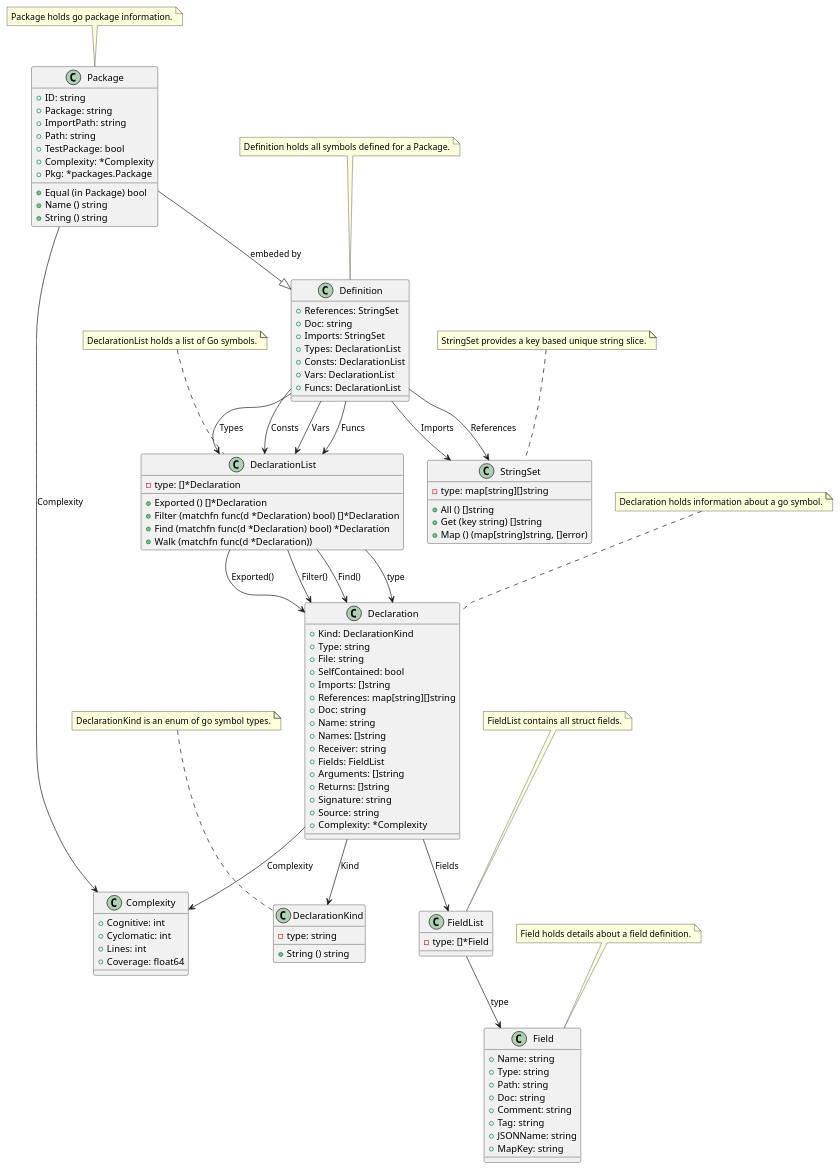
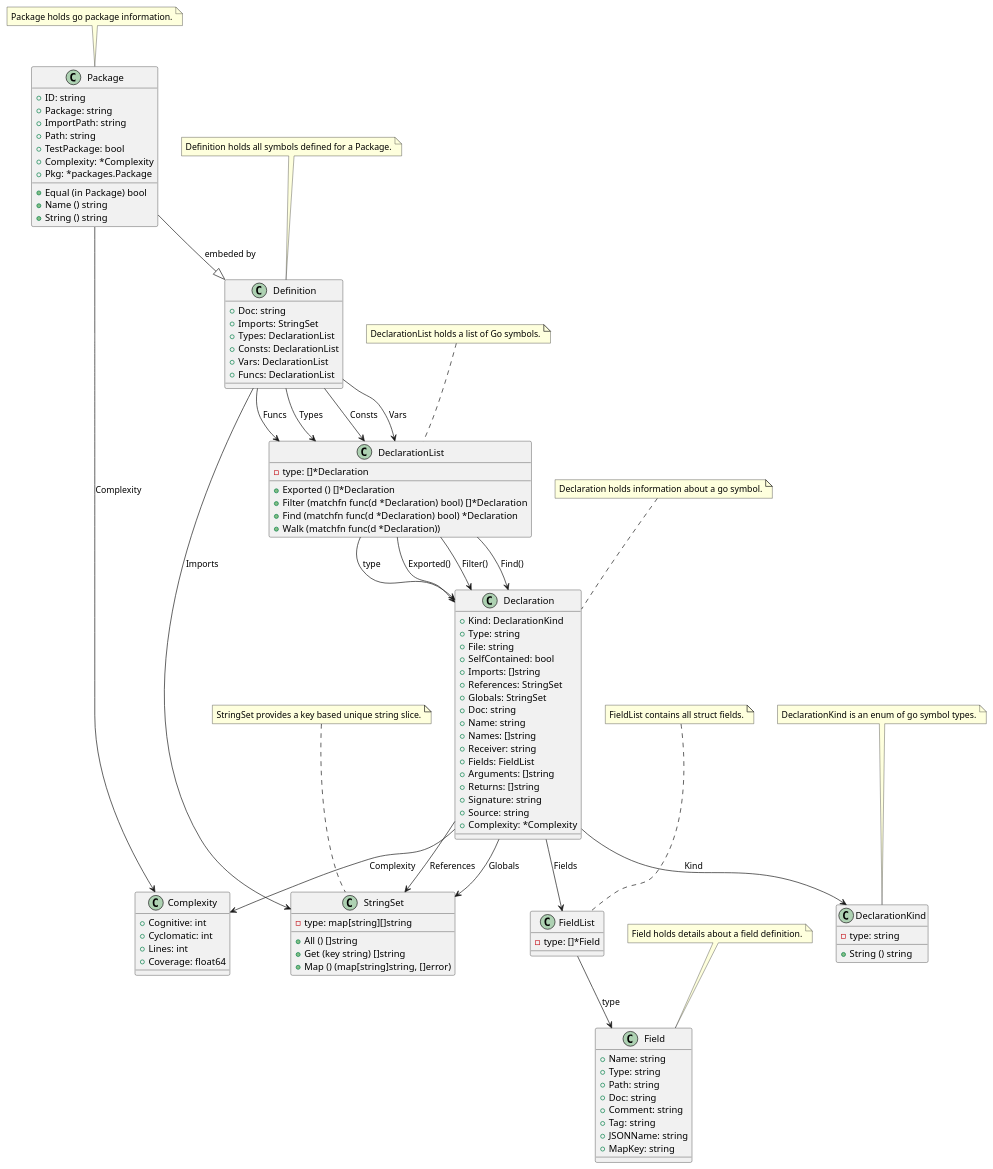
Before and after one commit to titpetric/exp: the diagram in cmd/go-fsck/model/restored/go-fsck.puml, drawn with PlantUML. The commit also changed 10 other files, not shown here.

```diff
--- a/cmd/go-fsck/model/restored/go-fsck.puml
+++ b/cmd/go-fsck/model/restored/go-fsck.puml
@@ -1,153 +1,154 @@
 @startuml
 
 class Complexity {
   + Cognitive: int
   + Cyclomatic: int
   + Lines: int
   + Coverage: float64
 }
 
 class Declaration {
   + Kind: DeclarationKind
   + Type: string
   + File: string
   + SelfContained: bool
   + Imports: []string
-  + References: map[string][]string
+  + References: StringSet
+  + Globals: StringSet
   + Doc: string
   + Name: string
   + Names: []string
   + Receiver: string
   + Fields: FieldList
   + Arguments: []string
   + Returns: []string
   + Signature: string
   + Source: string
   + Complexity: *Complexity
 }
 
 class DeclarationKind {
   - type: string
   + String () string
 }
 
 class DeclarationList {
   - type: []*Declaration
   + Exported () []*Declaration
   + Filter (matchfn func(d *Declaration) bool) []*Declaration
   + Find (matchfn func(d *Declaration) bool) *Declaration
   + Walk (matchfn func(d *Declaration))
 }
 
 class Definition {
-  + References: StringSet
   + Doc: string
   + Imports: StringSet
   + Types: DeclarationList
   + Consts: DeclarationList
   + Vars: DeclarationList
   + Funcs: DeclarationList
 }
 
 class Field {
   + Name: string
   + Type: string
   + Path: string
   + Doc: string
   + Comment: string
   + Tag: string
   + JSONName: string
   + MapKey: string
 }
 
 class FieldList {
   - type: []*Field
 }
 
 class Package {
   + ID: string
   + Package: string
   + ImportPath: string
   + Path: string
   + TestPackage: bool
   + Complexity: *Complexity
   + Pkg: *packages.Package
   + Equal (in Package) bool
   + Name () string
   + String () string
 }
 
 class StringSet {
   - type: map[string][]string
   + All () []string
   + Get (key string) []string
   + Map () (map[string]string, []error)
 }
 
 
 Declaration --> DeclarationKind : Kind
+Declaration --> StringSet : References
+Declaration --> StringSet : Globals
 Declaration --> FieldList : Fields
 Declaration --> Complexity : Complexity
 
 note top of Declaration
 Declaration holds information about a go symbol.
 end note
 
 
 
 note top of DeclarationKind
 DeclarationKind is an enum of go symbol types.
 end note
 
 
 DeclarationList --> Declaration : type
 
 note top of DeclarationList
 DeclarationList holds a list of Go symbols.
 end note
 
 
 DeclarationList --> Declaration : Exported()
 DeclarationList --> Declaration : Filter()
 DeclarationList --> Declaration : Find()
 Package --|> Definition : embeded by
-Definition --> StringSet : References
 Definition --> StringSet : Imports
 Definition --> DeclarationList : Types
 Definition --> DeclarationList : Consts
 Definition --> DeclarationList : Vars
 Definition --> DeclarationList : Funcs
 
 note top of Definition
 Definition holds all symbols defined for a Package.
 end note
 
 
 
 note top of Field
 Field holds details about a field definition.
 end note
 
 
 FieldList --> Field : type
 
 note top of FieldList
 FieldList contains all struct fields.
 end note
 
 
 Package --> Complexity : Complexity
 
 note top of Package
 Package holds go package information.
 end note
 
 
 
 note top of StringSet
 StringSet provides a key based unique string slice.
 end note
 
 
 
 @enduml
```
